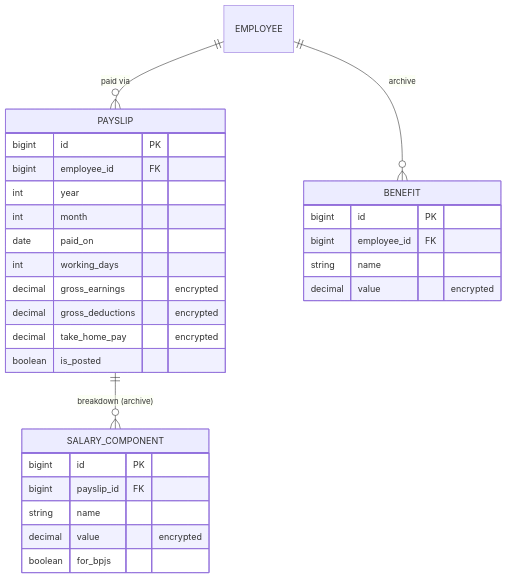
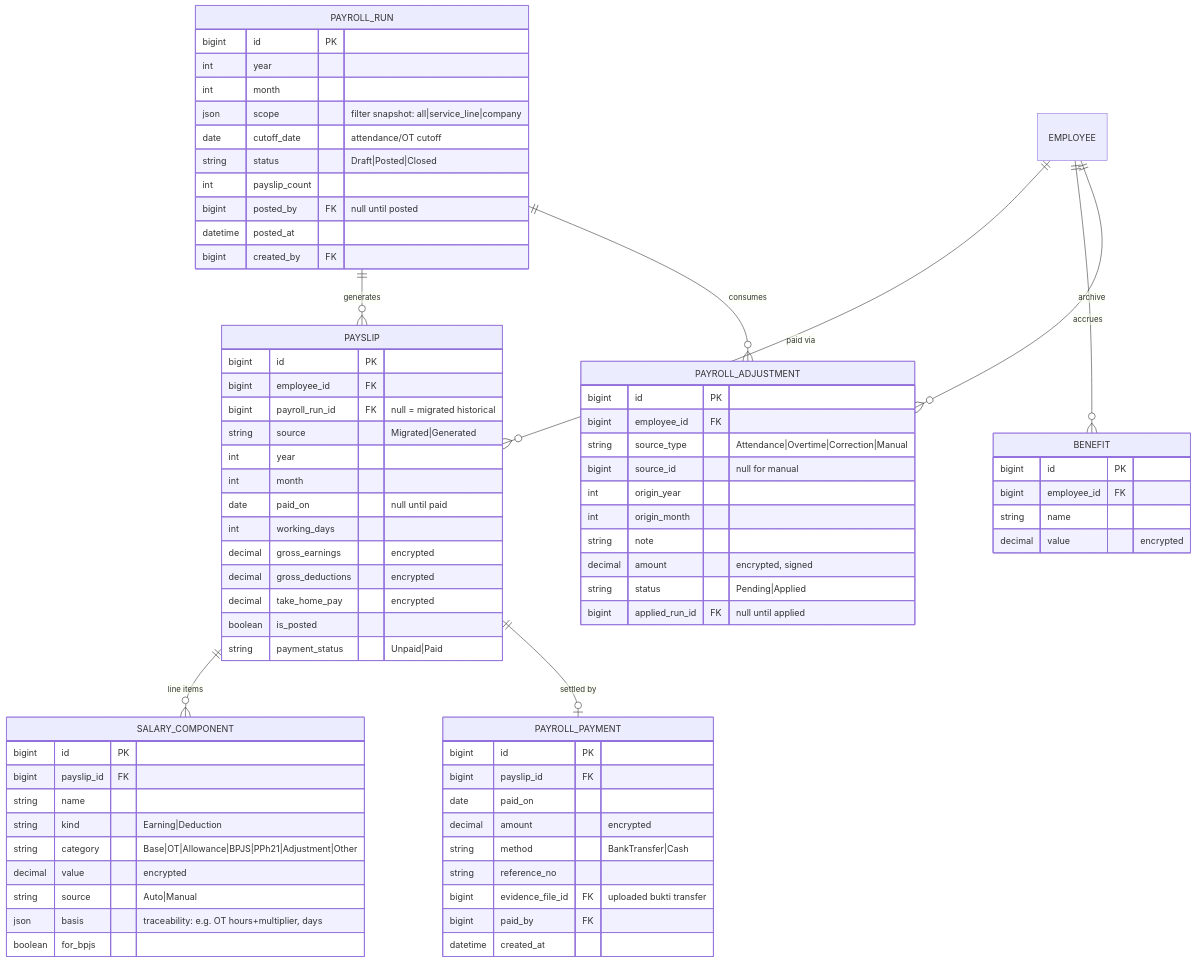
One commit to hariszaki17/hris-outsource changed the first of 5 diagrams in docs/epics/E8-payroll/FEATURE.md. Above: the diagram before and after it, drawn with Mermaid. The commit also changed other lines of this file and 79 other files, not shown here.

````diff
--- a/docs/epics/E8-payroll/FEATURE.md
+++ b/docs/epics/E8-payroll/FEATURE.md
@@ -27,32 +46,78 @@
 ```mermaid
 erDiagram
+    PAYROLL_RUN ||--o{ PAYSLIP : "generates"
     EMPLOYEE ||--o{ PAYSLIP : "paid via"
-    PAYSLIP ||--o{ SALARY_COMPONENT : "breakdown (archive)"
+    PAYSLIP ||--o{ SALARY_COMPONENT : "line items"
+    PAYSLIP ||--o| PAYROLL_PAYMENT : "settled by"
     EMPLOYEE ||--o{ BENEFIT : "archive"
+    EMPLOYEE ||--o{ PAYROLL_ADJUSTMENT : "accrues"
+    PAYROLL_RUN ||--o{ PAYROLL_ADJUSTMENT : "consumes"
 
+    PAYROLL_RUN {
+        bigint id PK
+        int year
+        int month
+        json scope "filter snapshot: all|service_line|company"
+        date cutoff_date "attendance/OT cutoff"
+        string status "Draft|Posted|Closed"
+        int payslip_count
+        bigint posted_by FK "null until posted"
+        datetime posted_at
+        bigint created_by FK
+    }
     PAYSLIP {
         bigint id PK
         bigint employee_id FK
+        bigint payroll_run_id FK "null = migrated historical"
+        string source "Migrated|Generated"
         int year
         int month
-        date paid_on
+        date paid_on "null until paid"
         int working_days
         decimal gross_earnings "encrypted"
         decimal gross_deductions "encrypted"
         decimal take_home_pay "encrypted"
         boolean is_posted
+        string payment_status "Unpaid|Paid"
     }
     SALARY_COMPONENT {
         bigint id PK
         bigint payslip_id FK
         string name
+        string kind "Earning|Deduction"
+        string category "Base|OT|Allowance|BPJS|PPh21|Adjustment|Other"
         decimal value "encrypted"
+        string source "Auto|Manual"
+        json basis "traceability: e.g. OT hours+multiplier, days"
         boolean for_bpjs
+    }
+    PAYROLL_PAYMENT {
+        bigint id PK
+        bigint payslip_id FK
+        date paid_on
+        decimal amount "encrypted"
+        string method "BankTransfer|Cash"
+        string reference_no
+        bigint evidence_file_id FK "uploaded bukti transfer"
+        bigint paid_by FK
+        datetime created_at
+    }
+    PAYROLL_ADJUSTMENT {
+        bigint id PK
+        bigint employee_id FK
+        string source_type "Attendance|Overtime|Correction|Manual"
+        bigint source_id "null for manual"
+        int origin_year
+        int origin_month
+        string note
+        decimal amount "encrypted, signed"
+        string status "Pending|Applied"
+        bigint applied_run_id FK "null until applied"
     }
     BENEFIT {
         bigint id PK
         bigint employee_id FK
         string name
         decimal value "encrypted"
     }
 ```
````
